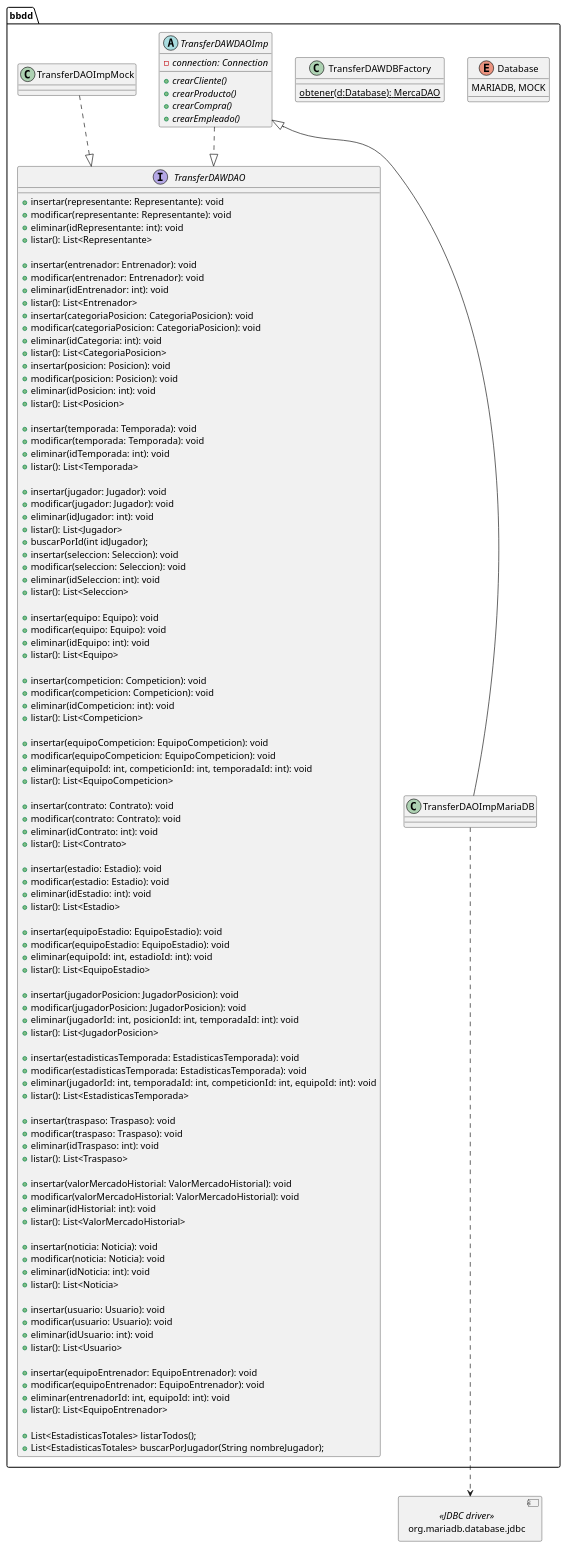
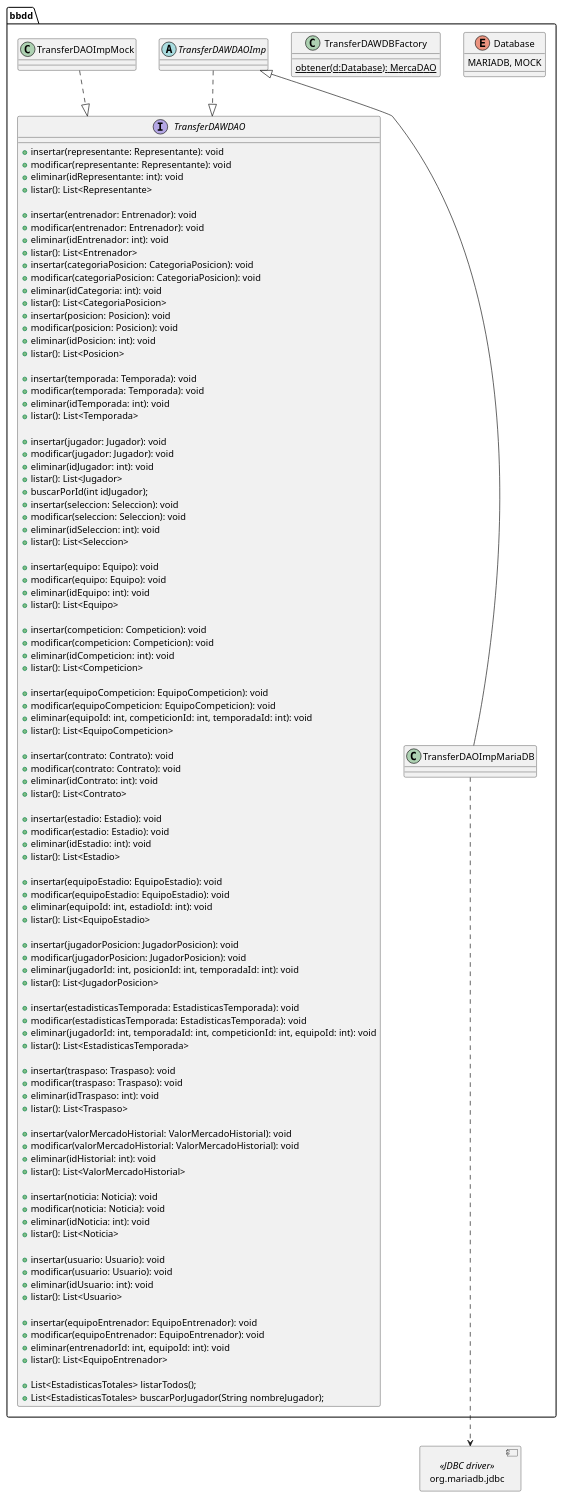
Before and after one commit to IR-Play88/TransferDAW: the diagram in trasnferdaw/design/diagramas/diagrama_de_clases/ClasesBBDD.pu, drawn with PlantUML. The commit also changed 12 other files, not shown here.

```diff
--- a/trasnferdaw/design/diagramas/diagrama_de_clases/ClasesBBDD.pu
+++ b/trasnferdaw/design/diagramas/diagrama_de_clases/ClasesBBDD.pu
@@ -1,150 +1,145 @@
 @startuml bbdd
 allow_mixing
 set separator none
 top to bottom direction
     package bbdd{
         enum Database{
             MARIADB, MOCK
         }
 
         interface TransferDAWDAO {
             +insertar(representante: Representante): void
             +modificar(representante: Representante): void
             +eliminar(idRepresentante: int): void
             +listar(): List<Representante>
 
             +insertar(entrenador: Entrenador): void
             +modificar(entrenador: Entrenador): void
             +eliminar(idEntrenador: int): void
             +listar(): List<Entrenador>
 
 
             +insertar(categoriaPosicion: CategoriaPosicion): void
             +modificar(categoriaPosicion: CategoriaPosicion): void
             +eliminar(idCategoria: int): void
             +listar(): List<CategoriaPosicion>
 
 
             +insertar(posicion: Posicion): void
             +modificar(posicion: Posicion): void
             +eliminar(idPosicion: int): void
             +listar(): List<Posicion>
 
             +insertar(temporada: Temporada): void
             +modificar(temporada: Temporada): void
             +eliminar(idTemporada: int): void
             +listar(): List<Temporada>
 
             +insertar(jugador: Jugador): void
             +modificar(jugador: Jugador): void
             +eliminar(idJugador: int): void
             +listar(): List<Jugador>
             +buscarPorId(int idJugador);
 
 
             +insertar(seleccion: Seleccion): void
             +modificar(seleccion: Seleccion): void
             +eliminar(idSeleccion: int): void
             +listar(): List<Seleccion>
 
             +insertar(equipo: Equipo): void
             +modificar(equipo: Equipo): void
             +eliminar(idEquipo: int): void
             +listar(): List<Equipo>
 
             +insertar(competicion: Competicion): void
             +modificar(competicion: Competicion): void
             +eliminar(idCompeticion: int): void
             +listar(): List<Competicion>
 
             +insertar(equipoCompeticion: EquipoCompeticion): void
             +modificar(equipoCompeticion: EquipoCompeticion): void
             +eliminar(equipoId: int, competicionId: int, temporadaId: int): void
             +listar(): List<EquipoCompeticion>
 
             +insertar(contrato: Contrato): void
             +modificar(contrato: Contrato): void
             +eliminar(idContrato: int): void
             +listar(): List<Contrato>
 
             +insertar(estadio: Estadio): void
             +modificar(estadio: Estadio): void
             +eliminar(idEstadio: int): void
             +listar(): List<Estadio>
 
             +insertar(equipoEstadio: EquipoEstadio): void
             +modificar(equipoEstadio: EquipoEstadio): void
             +eliminar(equipoId: int, estadioId: int): void
             +listar(): List<EquipoEstadio>
 
             +insertar(jugadorPosicion: JugadorPosicion): void
             +modificar(jugadorPosicion: JugadorPosicion): void
             +eliminar(jugadorId: int, posicionId: int, temporadaId: int): void
             +listar(): List<JugadorPosicion>
 
             +insertar(estadisticasTemporada: EstadisticasTemporada): void
             +modificar(estadisticasTemporada: EstadisticasTemporada): void
             +eliminar(jugadorId: int, temporadaId: int, competicionId: int, equipoId: int): void
             +listar(): List<EstadisticasTemporada>
 
             +insertar(traspaso: Traspaso): void
             +modificar(traspaso: Traspaso): void
             +eliminar(idTraspaso: int): void
             +listar(): List<Traspaso>
 
             +insertar(valorMercadoHistorial: ValorMercadoHistorial): void
             +modificar(valorMercadoHistorial: ValorMercadoHistorial): void
             +eliminar(idHistorial: int): void
             +listar(): List<ValorMercadoHistorial>
 
             +insertar(noticia: Noticia): void
             +modificar(noticia: Noticia): void
             +eliminar(idNoticia: int): void
             +listar(): List<Noticia>
 
             +insertar(usuario: Usuario): void
             +modificar(usuario: Usuario): void
             +eliminar(idUsuario: int): void
             +listar(): List<Usuario>
 
             +insertar(equipoEntrenador: EquipoEntrenador): void
             +modificar(equipoEntrenador: EquipoEntrenador): void
             +eliminar(entrenadorId: int, equipoId: int): void
             +listar(): List<EquipoEntrenador>
 
             +List<EstadisticasTotales> listarTodos();
             +List<EstadisticasTotales> buscarPorJugador(String nombreJugador);
         }
     
 
         class TransferDAWDBFactory{
             {static} obtener(d:Database): MercaDAO
         }
 
-        abstract TransferDAWDAOImp {
-            - {abstract} connection: Connection  
-            + {abstract} crearCliente()
-            + {abstract} crearProducto()         
-            + {abstract} crearCompra()         
-            + {abstract} crearEmpleado()         
+        abstract TransferDAWDAOImp {       
 
         }
 
         class TransferDAOImpMock{
 
         }
 
         class TransferDAOImpMariaDB{
             
         }
            
     }
 
-    component org.mariadb.database.jdbc <<JDBC driver>>
+    component org.mariadb.jdbc <<JDBC driver>>
 
-    TransferDAOImpMariaDB ..> org.mariadb.database.jdbc
+    TransferDAOImpMariaDB ..> org.mariadb.jdbc
     TransferDAWDAOImp <|-- TransferDAOImpMariaDB
     TransferDAWDAOImp..|> TransferDAWDAO
     TransferDAOImpMock..|> TransferDAWDAO 
     
 @enduml
```
